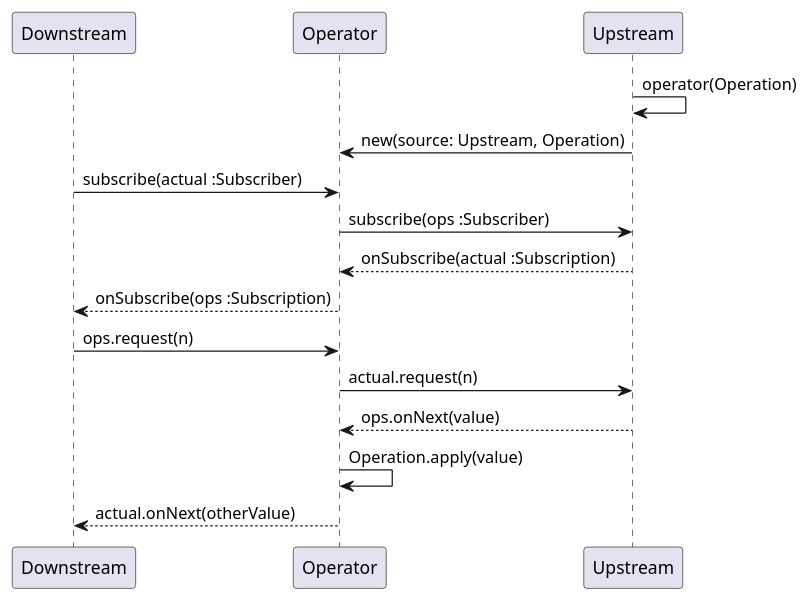
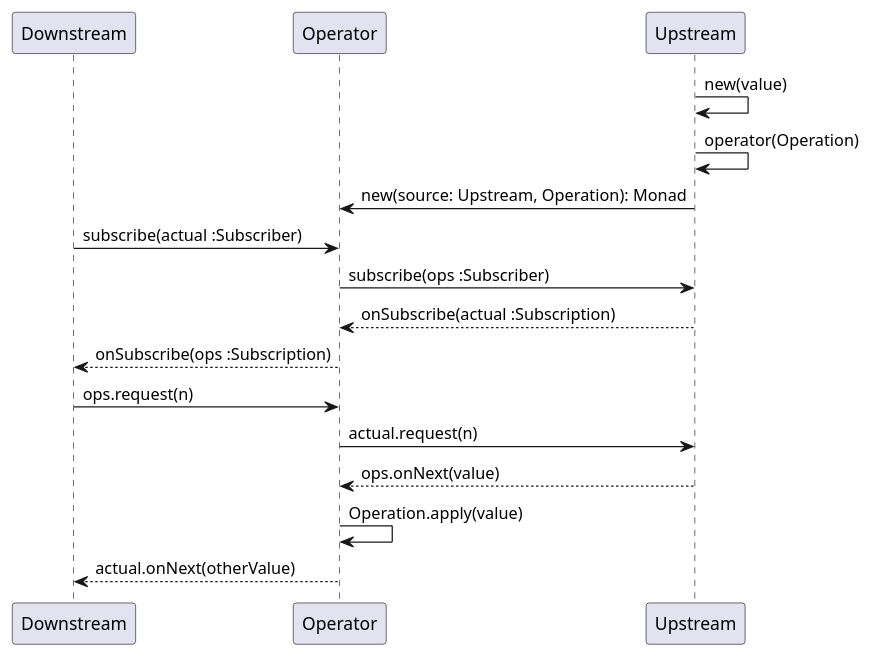
Before and after one commit to yanghoon/obsidian-workspace: the second of 2 diagrams in _diary/2024-06-18.md, drawn with PlantUML.

Commit message:
vault backup: 2024-06-19 00:59:42

````diff
--- a/_diary/2024-06-18.md
+++ b/_diary/2024-06-18.md
@@ -41,23 +41,24 @@
 ```plantuml
 @startuml
 
 participant Downstream as Down
 participant Operator as Ops
 participant Upstream as Up
 
+Up -> Up: new(value)
 Up -> Up: operator(Operation)
-Up -> Ops: new(source: Upstream, Operation)
+Up -> Ops: new(source: Upstream, Operation): Monad
 
 Down -> Ops: subscribe(actual :Subscriber)
 Ops -> Up: subscribe(ops :Subscriber)
 Ops <-- Up: onSubscribe(actual :Subscription)
 Down <-- Ops: onSubscribe(ops :Subscription)
 
 Down -> Ops: ops.request(n)
 Ops -> Up: actual.request(n)
 Ops <-- Up: ops.onNext(value)
 Ops -> Ops: Operation.apply(value)
 Down <-- Ops: actual.onNext(otherValue)
 
 @enduml
 ```
````
